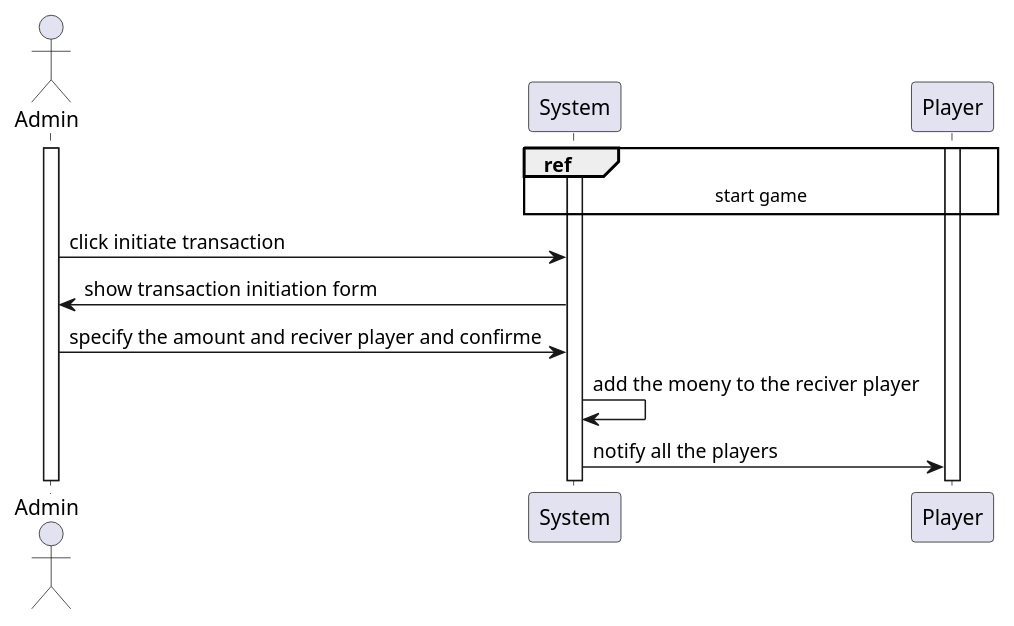
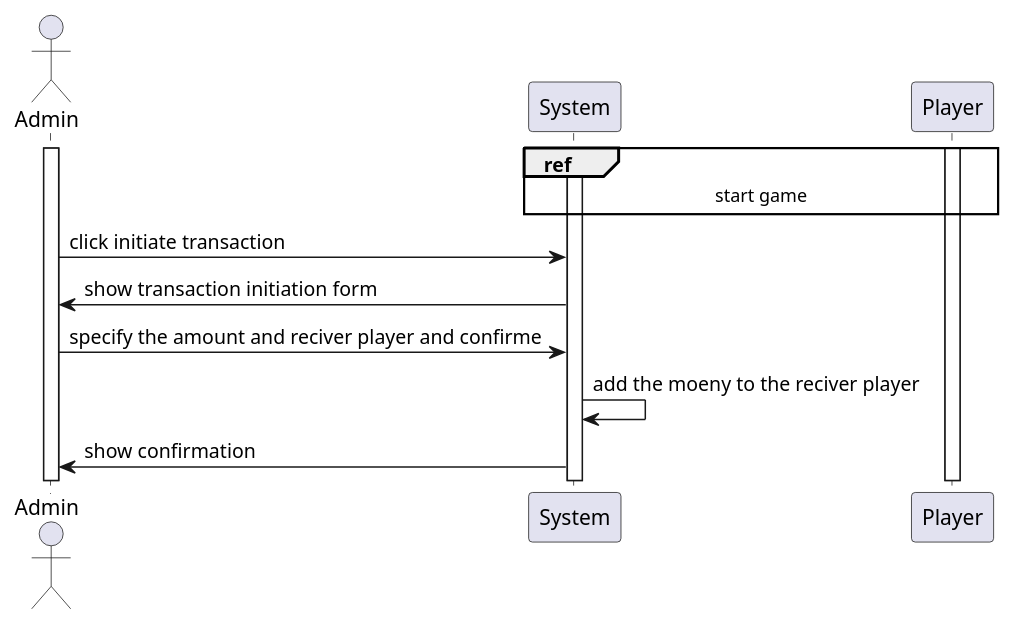
One commit to monoploy-game/design changed the diagram in SDs/admin/initiate_transaction_from_the_bank_to_another_player.wsd. Above: the diagram before and after it, drawn with PlantUML. The commit also changed 1 other file, not shown here.

Commit message:
updated sd and dSD of initiate transaction from bank to other players to sync with class diagram

```diff
--- a/SDs/admin/initiate_transaction_from_the_bank_to_another_player.wsd
+++ b/SDs/admin/initiate_transaction_from_the_bank_to_another_player.wsd
@@ -1,18 +1,18 @@
-@startuml "initiate transaction to another player"
+@startuml "initiate transaction a player"
 
 actor Admin
 
 Activate Admin
 Activate System
 
 ref over Player, System : start game
 activate Player
 
 Admin -> System : click initiate transaction
 System -> Admin : show transaction initiation form
 Admin -> System : specify the amount and reciver player and confirme
 
 System -> System : add the moeny to the reciver player
-System -> Player : notify all the players
+System -> Admin : show confirmation
 
 @enduml
```
